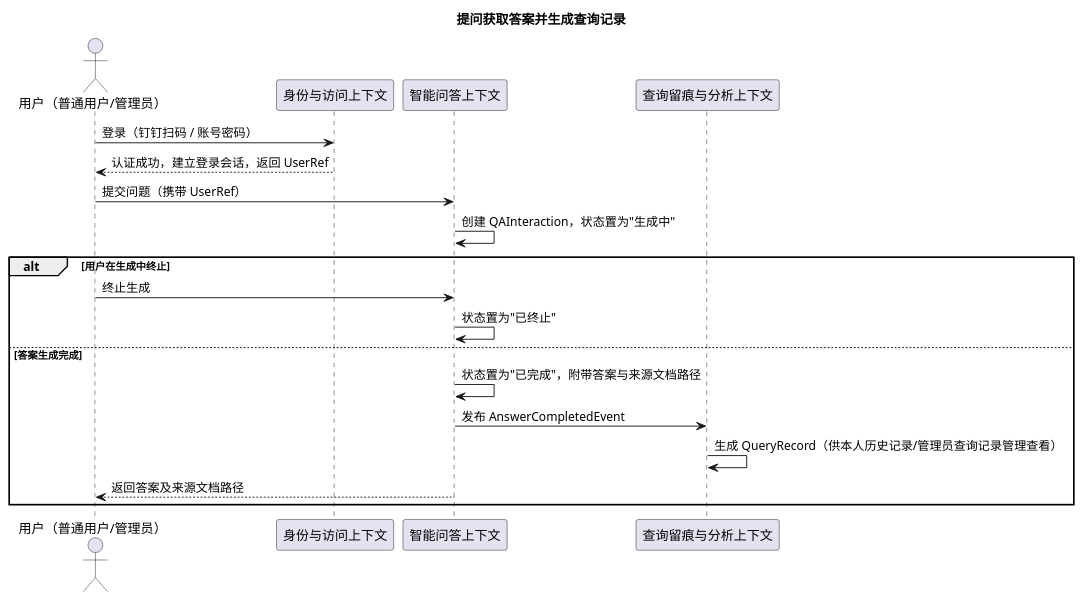
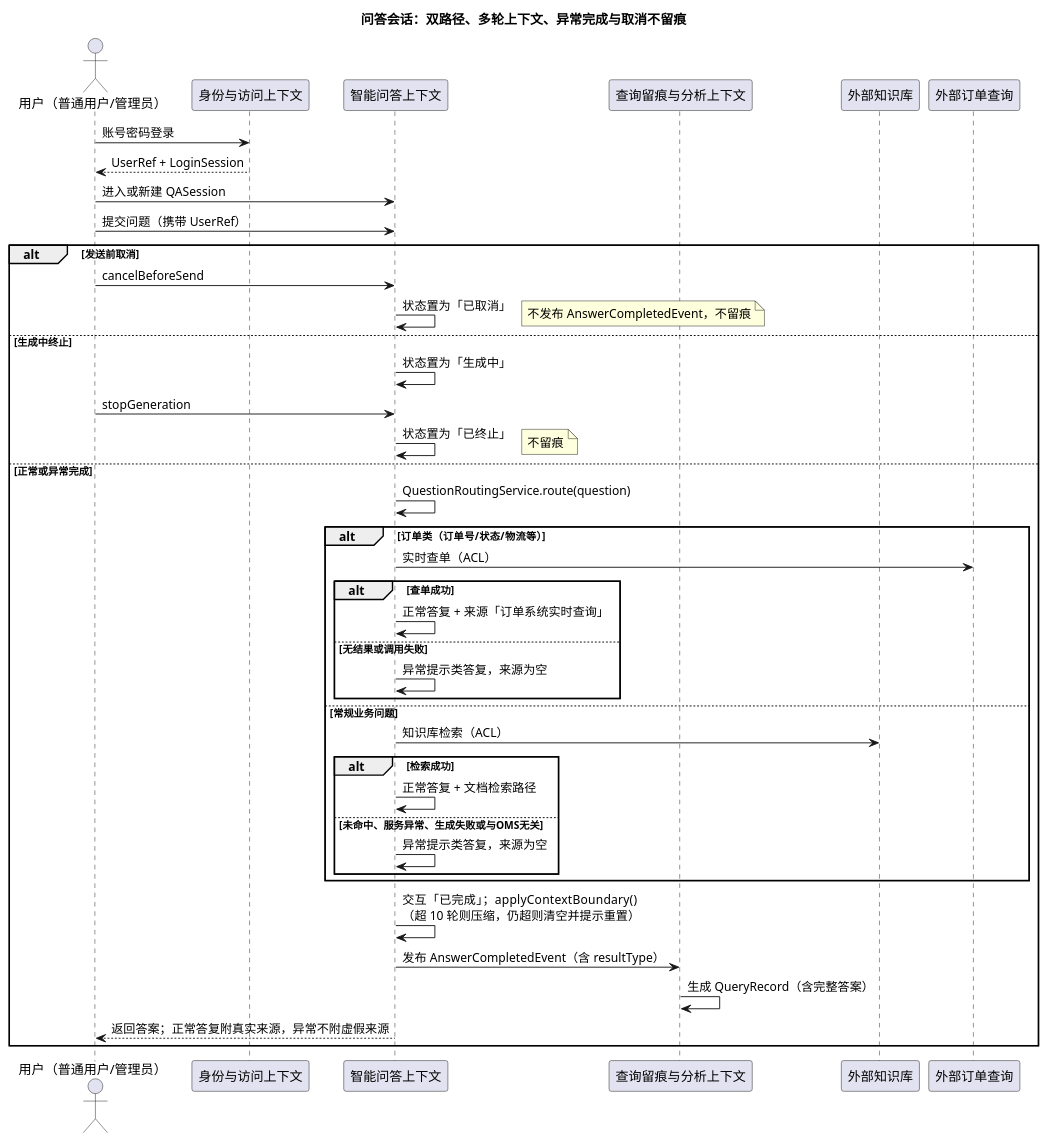
Before and after one commit to Wendy123wx/OMS-AI-RAG-Agent: the sixth of 10 diagrams in docs/prd/02-领域模型.md, drawn with PlantUML. The commit also changed other lines of this file, not shown here.

````diff
--- a/docs/prd/02-领域模型.md
+++ b/docs/prd/02-领域模型.md
@@ -512,25 +761,50 @@
 ```plantuml
 @startuml SequenceAskAndRecord
-title 提问获取答案并生成查询记录
+title 问答会话：双路径、多轮上下文、异常完成与取消不留痕
 
 actor "用户（普通用户/管理员）" as U
 participant "身份与访问上下文" as IAM
 participant "智能问答上下文" as QA
 participant "查询留痕与分析上下文" as QTA
+participant "外部知识库" as KB
+participant "外部订单查询" as OMS
 
-U -> IAM : 登录（钉钉扫码 / 账号密码）
-IAM --> U : 认证成功，建立登录会话，返回 UserRef
+U -> IAM : 账号密码登录
+IAM --> U : UserRef + LoginSession
+U -> QA : 进入或新建 QASession
 U -> QA : 提交问题（携带 UserRef）
-QA -> QA : 创建 QAInteraction，状态置为"生成中"
-alt 用户在生成中终止
-  U -> QA : 终止生成
-  QA -> QA : 状态置为"已终止"
-else 答案生成完成
-  QA -> QA : 状态置为"已完成"，附带答案与来源文档路径
-  QA -> QTA : 发布 AnswerCompletedEvent
-  QTA -> QTA : 生成 QueryRecord（供本人历史记录/管理员查询记录管理查看）
-  QA --> U : 返回答案及来源文档路径
+
+alt 发送前取消
+  U -> QA : cancelBeforeSend
+  QA -> QA : 状态置为「已取消」
+  note right : 不发布 AnswerCompletedEvent，不留痕
+else 生成中终止
+  QA -> QA : 状态置为「生成中」
+  U -> QA : stopGeneration
+  QA -> QA : 状态置为「已终止」
+  note right : 不留痕
+else 正常或异常完成
+  QA -> QA : QuestionRoutingService.route(question)
+  alt 订单类（订单号/状态/物流等）
+    QA -> OMS : 实时查单（ACL）
+    alt 查单成功
+      QA -> QA : 正常答复 + 来源「订单系统实时查询」
+    else 无结果或调用失败
+      QA -> QA : 异常提示类答复，来源为空
+    end
+  else 常规业务问题
+    QA -> KB : 知识库检索（ACL）
+    alt 检索成功
+      QA -> QA : 正常答复 + 文档检索路径
+    else 未命中、服务异常、生成失败或与OMS无关
+      QA -> QA : 异常提示类答复，来源为空
+    end
+  end
+  QA -> QA : 交互「已完成」；applyContextBoundary()\n（超 10 轮则压缩，仍超则清空并提示重置）
+  QA -> QTA : 发布 AnswerCompletedEvent（含 resultType）
+  QTA -> QTA : 生成 QueryRecord（含完整答案）
+  QA --> U : 返回答案；正常答复附真实来源，异常不附虚假来源
 end
 
 @enduml
 ```
````
